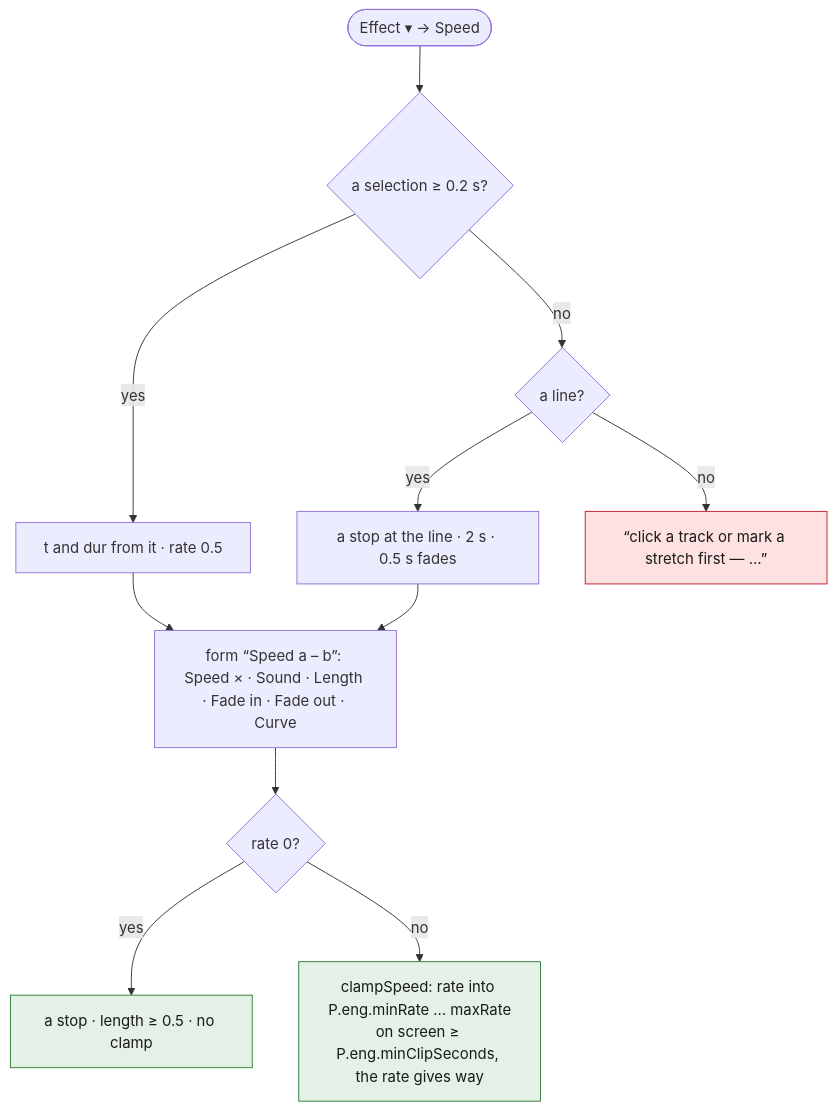
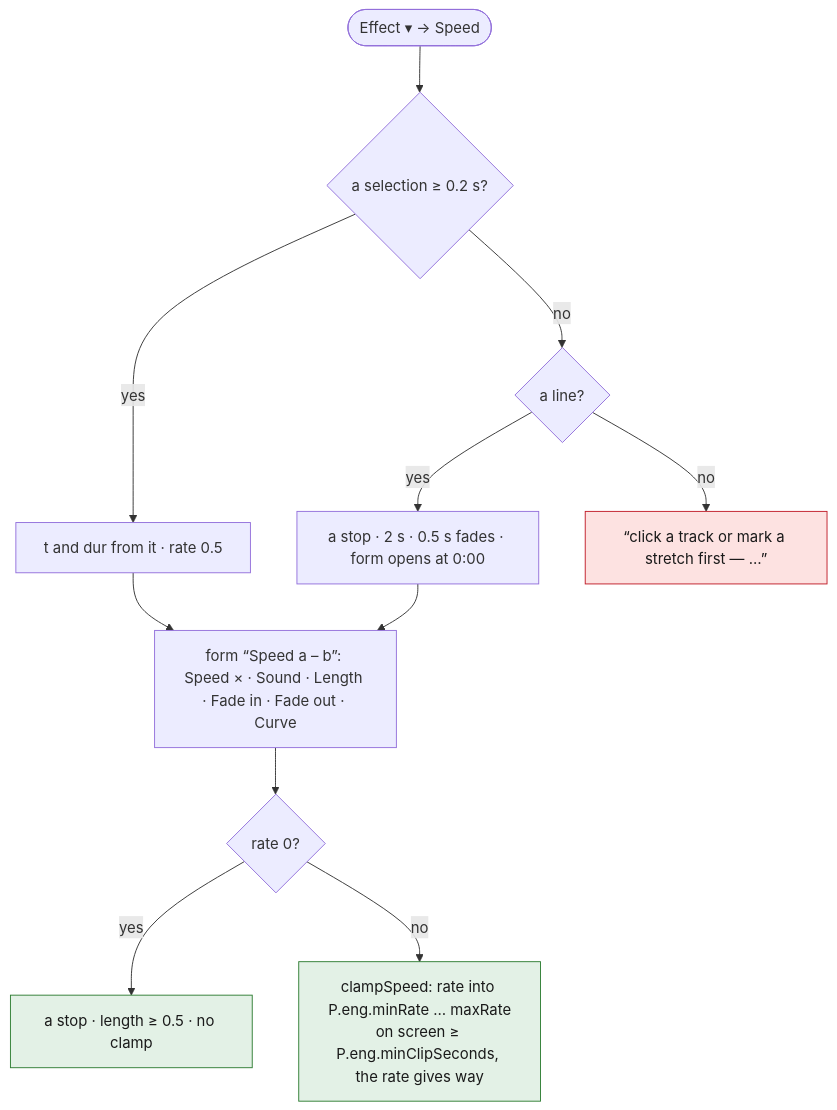
Before and after one commit to tbocek/naivepost: the third of 12 diagrams in spec/06-effects.md, drawn with Mermaid. The commit also changed other lines of this file and 21 other files, not shown here.

````diff
--- a/spec/06-effects.md
+++ b/spec/06-effects.md
@@ -103,16 +103,16 @@
 ```mermaid
 flowchart TD
   A(["Effect ▾ → Speed"]) --> S{"a selection ≥ 0.2 s?"}
   S -- yes --> SL["t and dur from it · rate 0.5"]
   S -- no --> L{"a line?"}
-  L -- yes --> ST["a stop at the line · 2 s · 0.5 s fades"]
+  L -- yes --> ST["a stop · 2 s · 0.5 s fades · form opens at 0:00"]
   L -- no --> R["“click a track or mark a stretch first — …”"]:::refuse
   SL --> F["form “Speed a – b”: Speed × · Sound · Length · Fade in · Fade out · Curve"]
   ST --> F
   F --> Z{"rate 0?"}
   Z -- yes --> STOP["a stop · length ≥ 0.5 · no clamp"]:::done
   Z -- no --> CL["clampSpeed: rate into P.eng.minRate … maxRate<br/>on screen ≥ P.eng.minClipSeconds, the rate gives way"]:::done
   classDef refuse fill:#fde2e1,stroke:#c01c28,color:#1a1a1a
   classDef done fill:#e3f1e6,stroke:#2e7d32,color:#1a1a1a
   classDef ask fill:#e8eefc,stroke:#3a63c8,color:#1a1a1a
 ```
````
